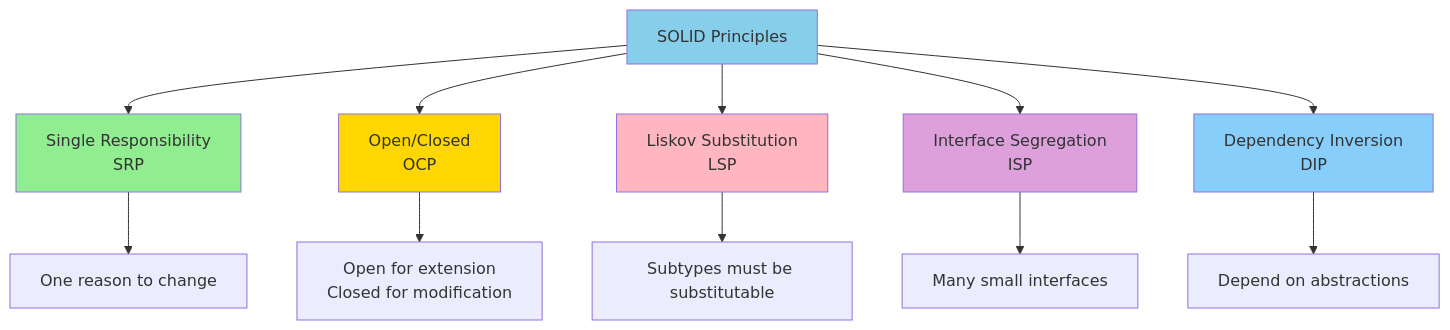
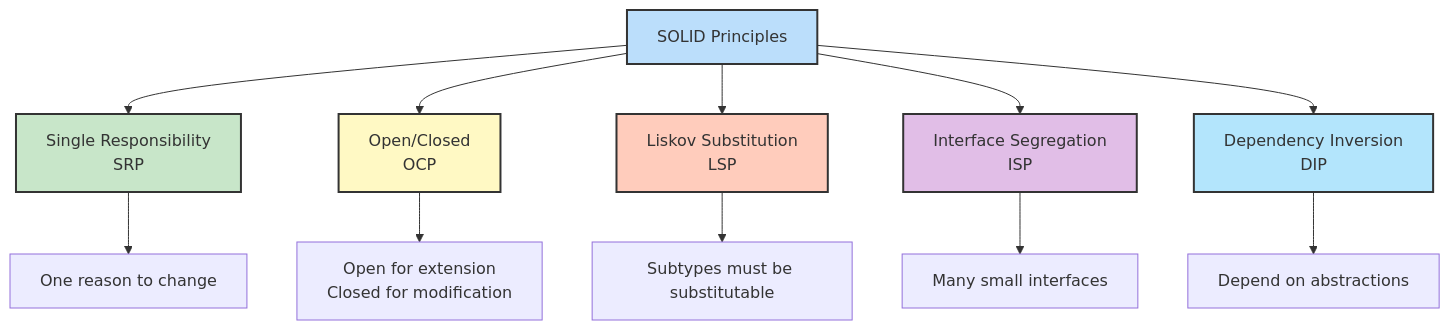
Before and after one commit to NguyenPhamCode4You/ai-home-lab-docker-compose: the first of 2 diagrams in C# fundamentals/day12-design-patterns.md, drawn with Mermaid. The commit also changed other lines of this file and 10 other files, not shown here.

````diff
--- a/C# fundamentals/day12-design-patterns.md
+++ b/C# fundamentals/day12-design-patterns.md
@@ -17,21 +17,21 @@
 ```mermaid
 graph TB
     A[SOLID Principles] --> B[Single Responsibility<br/>SRP]
     A --> C[Open/Closed<br/>OCP]
     A --> D[Liskov Substitution<br/>LSP]
     A --> E[Interface Segregation<br/>ISP]
     A --> F[Dependency Inversion<br/>DIP]
 
     B --> B1[One reason to change]
     C --> C1[Open for extension<br/>Closed for modification]
     D --> D1[Subtypes must be substitutable]
     E --> E1[Many small interfaces]
     F --> F1[Depend on abstractions]
 
-    style A fill:#87CEEB
-    style B fill:#90EE90
-    style C fill:#FFD700
-    style D fill:#FFB6C1
-    style E fill:#DDA0DD
-    style F fill:#87CEFA
+    style A fill:#bbdefb,stroke:#333,stroke-width:2px
+    style B fill:#c8e6c9,stroke:#333,stroke-width:2px
+    style C fill:#fff9c4,stroke:#333,stroke-width:2px
+    style D fill:#ffccbc,stroke:#333,stroke-width:2px
+    style E fill:#e1bee7,stroke:#333,stroke-width:2px
+    style F fill:#b3e5fc,stroke:#333,stroke-width:2px
 ```
````
